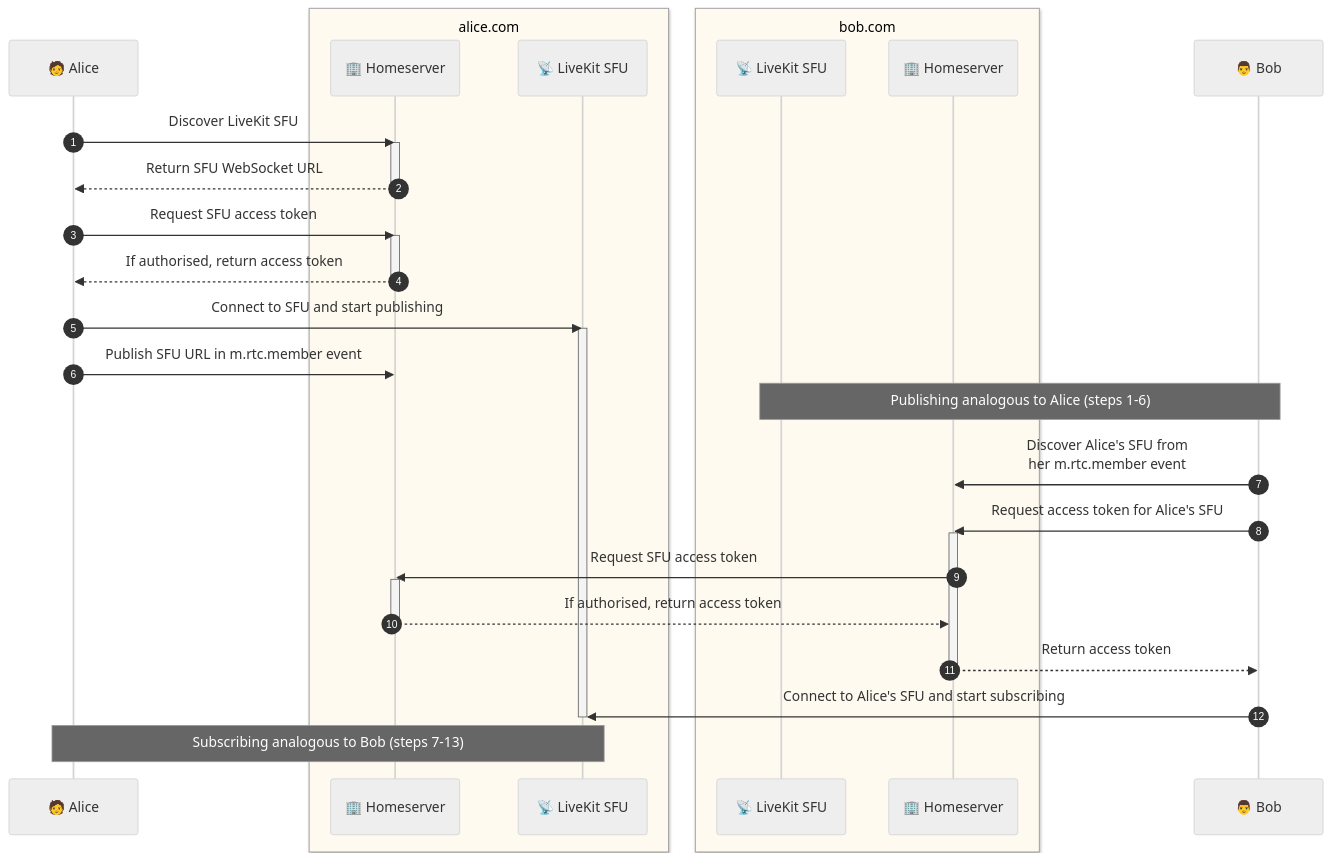
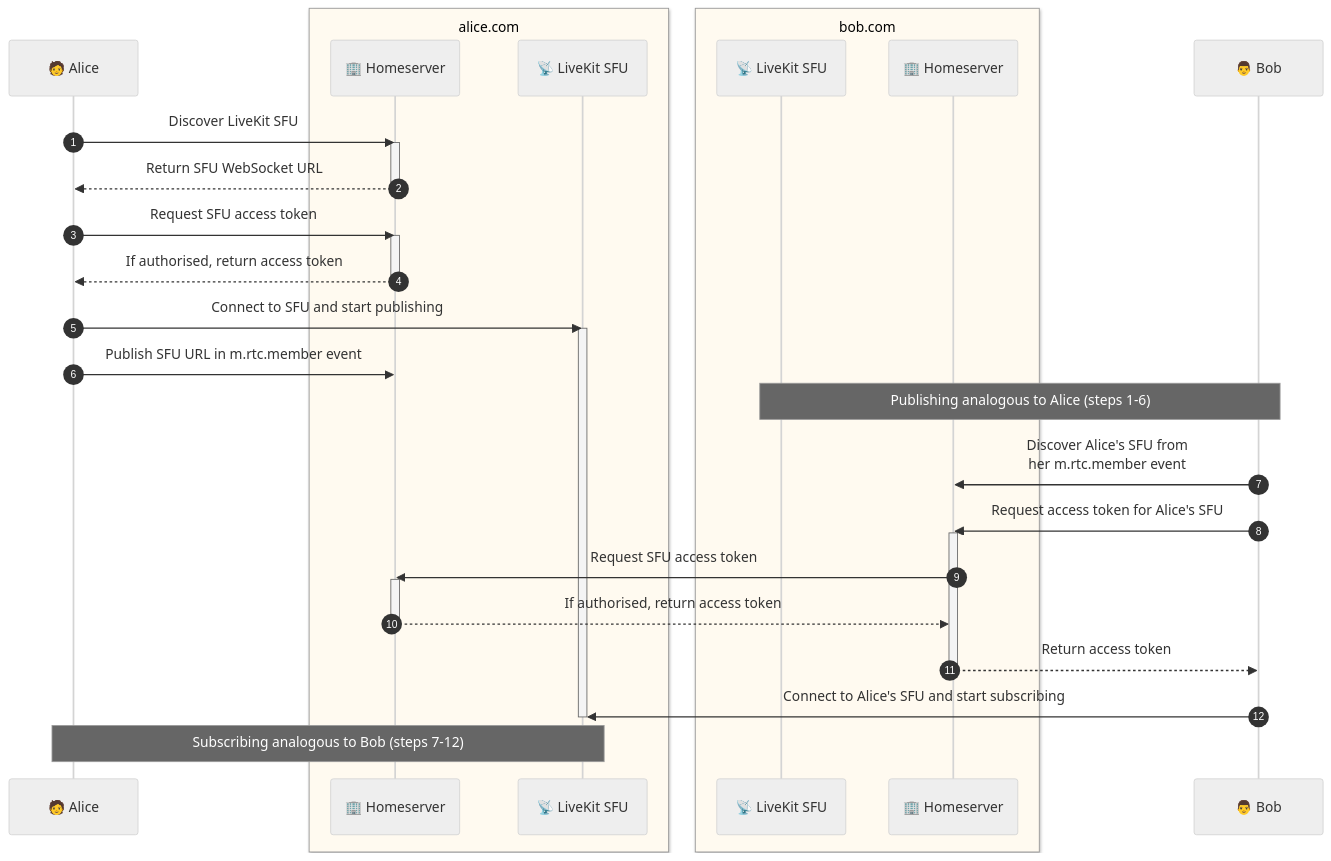
One commit to matrix-org/matrix-spec-proposals changed the first of 2 diagrams in proposals/4195-matrixrtc-livekit.md. Above: the diagram before and after it, drawn with Mermaid (neutral theme). The commit also changed other lines of this file, not shown here.

````diff
--- a/proposals/4195-matrixrtc-livekit.md
+++ b/proposals/4195-matrixrtc-livekit.md
@@ -280,51 +280,51 @@
 ```mermaid
 sequenceDiagram
     autonumber
 
     participant U as 🧑 Alice
 
     box floralwhite alice.com
         participant H as 🏢 Homeserver
         participant L as 📡 LiveKit SFU
     end
 
     box floralwhite bob.com
         participant L1 as 📡 LiveKit SFU
         participant H1 as 🏢 Homeserver
     end
 
     participant U1 as 👨 Bob
 
     U->>H: Discover LiveKit SFU
     activate H
     H-->>U: Return SFU WebSocket URL
     deactivate H
 
     U->>H: Request SFU access token
     activate H
     H-->>U: If authorised, return access token
     deactivate H
 
     U->>L: Connect to SFU and start publishing
     activate L
 
     U->>H: Publish SFU URL in m.rtc.member event
 
     Note over U1,L1: Publishing analogous to Alice (steps 1-6)
 
     U1->>H1: Discover Alice's SFU from<br/>her m.rtc.member event
 
     U1->>H1: Request access token for Alice's SFU
     activate H1
     H1->>H: Request SFU access token
     activate H
     H-->>H1: If authorised, return access token
     deactivate H
     H1-->>U1: Return access token
     deactivate H1
 
     U1->>L: Connect to Alice's SFU and start subscribing
     deactivate L
 
-    Note over U,L: Subscribing analogous to Bob (steps 7-13)
+    Note over U,L: Subscribing analogous to Bob (steps 7-12)
 ```
````
